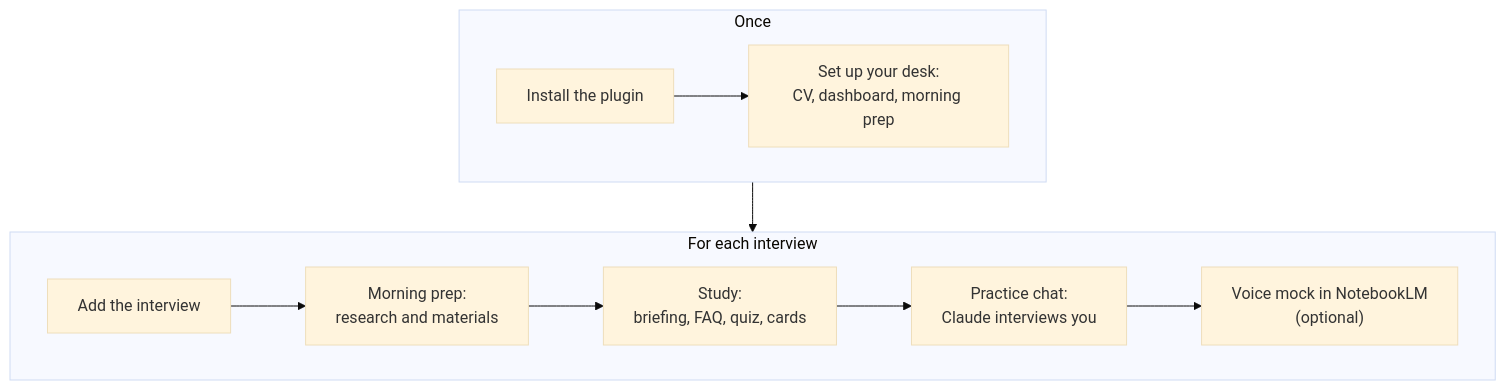
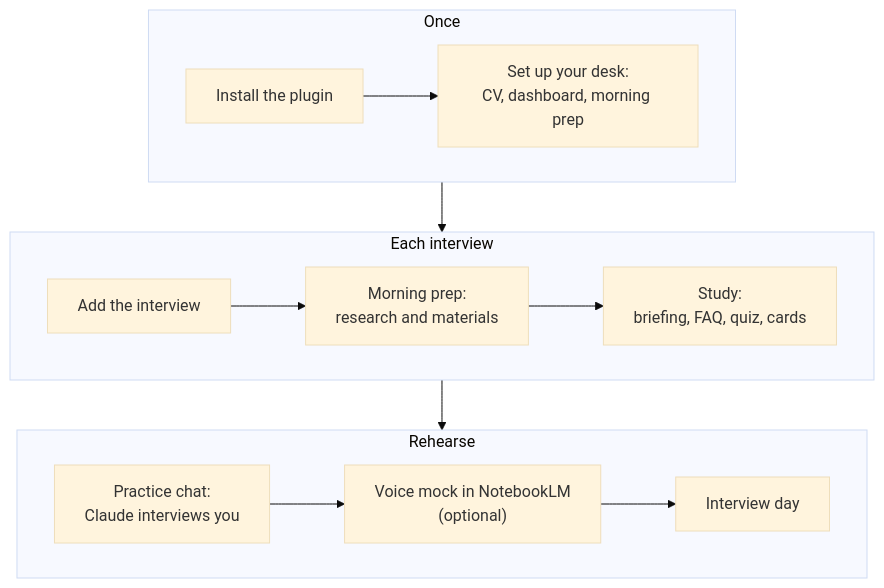
The diagram in docs/guide.md (dantonoli/interview-prep-desk), drawn with Mermaid (base theme) before and after one commit.

Commit message:
docs: make the guide's process diagram three short rows

````diff
--- a/docs/guide.md
+++ b/docs/guide.md
@@ -26,12 +26,16 @@
 ```mermaid
 flowchart TB
   subgraph once["Once"]
     direction LR
     A["Install the plugin"] --> B["Set up your desk:<br/>CV, dashboard, morning prep"]
   end
-  subgraph each["For each interview"]
+  subgraph prepare["Each interview"]
     direction LR
-    C["Add the interview"] --> D["Morning prep:<br/>research and materials"] --> E["Study:<br/>briefing, FAQ, quiz, cards"] --> F["Practice chat:<br/>Claude interviews you"] --> G["Voice mock in NotebookLM<br/>(optional)"]
+    C["Add the interview"] --> D["Morning prep:<br/>research and materials"] --> E["Study:<br/>briefing, FAQ, quiz, cards"]
   end
-  once --> each
+  subgraph rehearse["Rehearse"]
+    direction LR
+    F["Practice chat:<br/>Claude interviews you"] --> G["Voice mock in NotebookLM<br/>(optional)"] --> H["Interview day"]
+  end
+  once --> prepare --> rehearse
 ```
````
